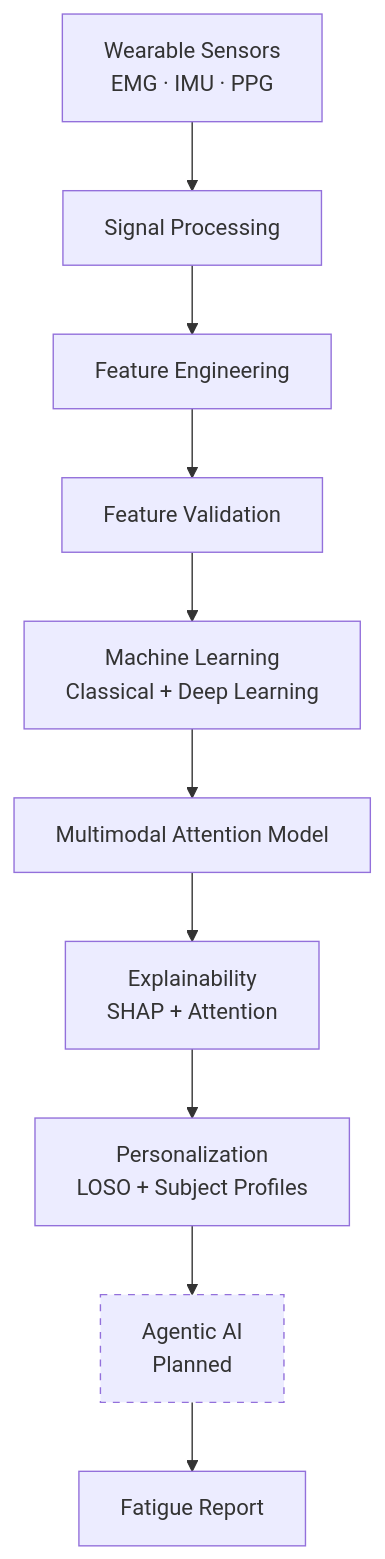
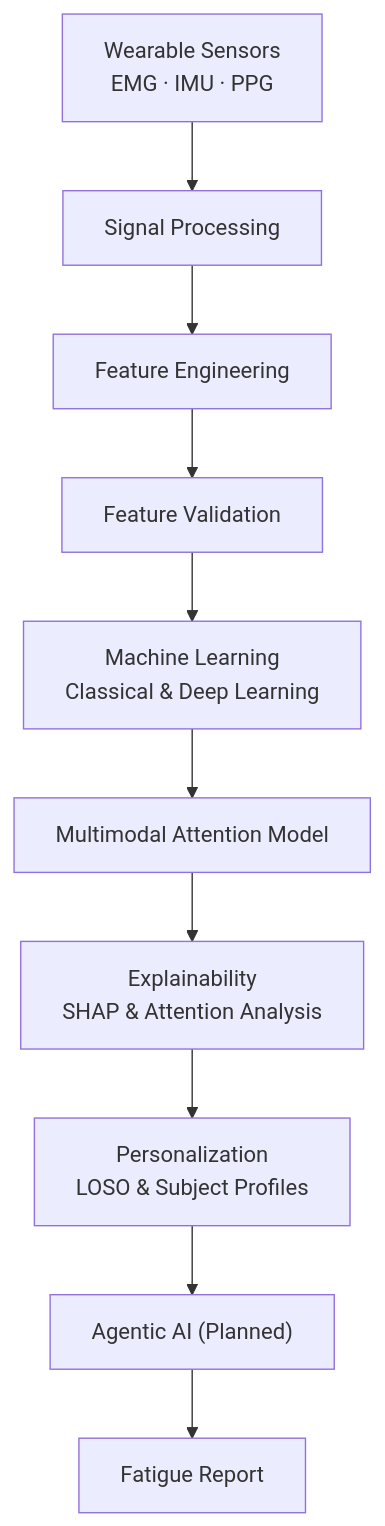
One commit to Sangamithraa077/Agentic-Fatigue-Fingerprinting changed the first of 2 diagrams in README.md. Above: the diagram before and after it, drawn with Mermaid. The commit also changed other lines of this file, not shown here.

````diff
--- a/README.md
+++ b/README.md
@@ -43,14 +46,12 @@
 ```mermaid
 flowchart TD
     A[Wearable Sensors<br/>EMG · IMU · PPG] --> B[Signal Processing]
     B --> C[Feature Engineering]
     C --> D[Feature Validation]
-    D --> E[Machine Learning<br/>Classical + Deep Learning]
+    D --> E[Machine Learning<br/>Classical & Deep Learning]
     E --> F[Multimodal Attention Model]
-    F --> G[Explainability<br/>SHAP + Attention]
-    G --> H[Personalization<br/>LOSO + Subject Profiles]
-    H --> I[Agentic AI<br/>Planned]
+    F --> G[Explainability<br/>SHAP & Attention Analysis]
+    G --> H[Personalization<br/>LOSO & Subject Profiles]
+    H --> I["Agentic AI (Planned)"]
     I --> J[Fatigue Report]
-
-    style I stroke-dasharray: 5,5
 ```
````
